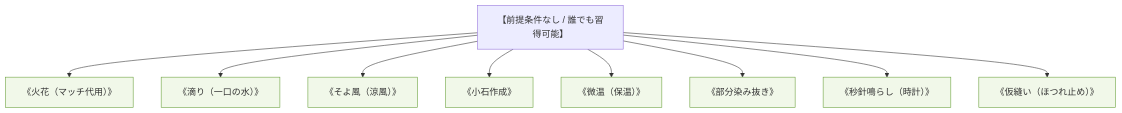
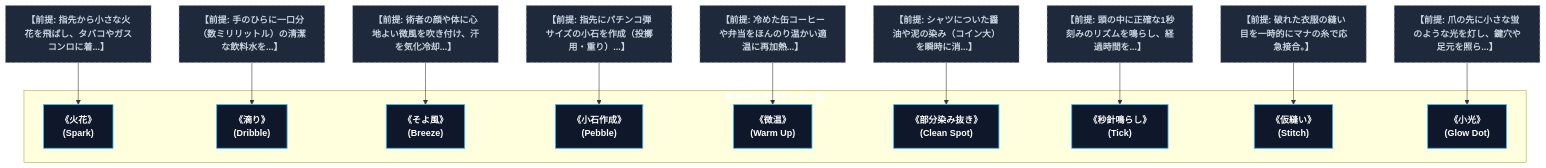
Before and after one commit to takenoriohno-cloud/world-building: the diagram in world/magic/spells/least_spells.md, drawn with Mermaid. The commit also changed other lines of this file and 51 other files, not shown here.

````diff
--- a/world/magic/spells/least_spells.md
+++ b/world/magic/spells/least_spells.md
@@ -13,13 +13,43 @@
 ```mermaid
 graph TD
-    classDef spell fill:#f1f8e9,stroke:#689f38,stroke-width:1px;
-    
-    NoPrereq["【前提条件なし / 誰でも習得可能】"] --> Spark["《火花（マッチ代用）》"]:::spell
-    NoPrereq --> Dribble["《滴り（一口の水）》"]:::spell
-    NoPrereq --> Breeze["《そよ風（涼風）》"]:::spell
-    NoPrereq --> Pebble["《小石作成》"]:::spell
-    NoPrereq --> WarmUp["《微温（保温）》"]:::spell
-    NoPrereq --> CleanSpot["《部分染み抜き》"]:::spell
-    NoPrereq --> Tick["《秒針鳴らし（時計）》"]:::spell
-    NoPrereq --> Stitch["《仮縫い（ほつれ止め）》"]:::spell
+    %% クラススタイル定義（高コントラスト・ダークモード規格）
+    classDef spell fill:#0f172a,stroke:#38bdf8,stroke-width:1.5px,color:#ffffff;
+    classDef root fill:#0369a1,stroke:#38bdf8,stroke-width:2px,color:#ffffff,font-weight:bold;
+    classDef ext fill:#1e293b,stroke:#94a3b8,stroke-width:1px,color:#cbd5e1,stroke-dasharray: 5 5;
+    classDef special fill:#4c1d95,stroke:#c084fc,stroke-width:1.5px,color:#ffffff;
+
+    %% 系統内呪文ノード定義
+    subgraph Sub_33FC4513 ["簡単呪文主要データ一覧"]
+        Spark["《火花》<br>(Spark)"]:::spell
+        Dribble["《滴り》<br>(Dribble)"]:::spell
+        Breeze["《そよ風》<br>(Breeze)"]:::spell
+        Pebble["《小石作成》<br>(Pebble)"]:::spell
+        WarmUp["《微温》<br>(Warm Up)"]:::spell
+        CleanSpot["《部分染み抜き》<br>(Clean Spot)"]:::spell
+        Tick["《秒針鳴らし》<br>(Tick)"]:::spell
+        Stitch["《仮縫い》<br>(Stitch)"]:::spell
+        GlowDot["《小光》<br>(Glow Dot)"]:::spell
+    end
+
+    %% 前提条件依存関係エッジ
+    Req_1 --> Spark
+    Req_2 --> Dribble
+    Req_3 --> Breeze
+    Req_4 --> Pebble
+    Req_5 --> WarmUp
+    Req_6 --> CleanSpot
+    Req_7 --> Tick
+    Req_8 --> Stitch
+    Req_9 --> GlowDot
+
+    %% 外部系統・特殊前提ノード
+    Req_1["【前提: 指先から小さな火花を飛ばし、タバコやガスコンロに着...】"]:::ext
+    Req_2["【前提: 手のひらに一口分（数ミリリットル）の清潔な飲料水を...】"]:::ext
+    Req_3["【前提: 術者の顔や体に心地よい微風を吹き付け、汗を気化冷却...】"]:::ext
+    Req_4["【前提: 指先にパチンコ弾サイズの小石を作成（投擲用・重り）...】"]:::ext
+    Req_5["【前提: 冷めた缶コーヒーや弁当をほんのり温かい適温に再加熱...】"]:::ext
+    Req_6["【前提: シャツについた醤油や泥の染み（コイン大）を瞬時に消...】"]:::ext
+    Req_7["【前提: 頭の中に正確な1秒刻みのリズムを鳴らし、経過時間を...】"]:::ext
+    Req_8["【前提: 破れた衣服の縫い目を一時的にマナの糸で応急接合。】"]:::ext
+    Req_9["【前提: 爪の先に小さな蛍のような光を灯し、鍵穴や足元を照ら...】"]:::ext
 ```
````
